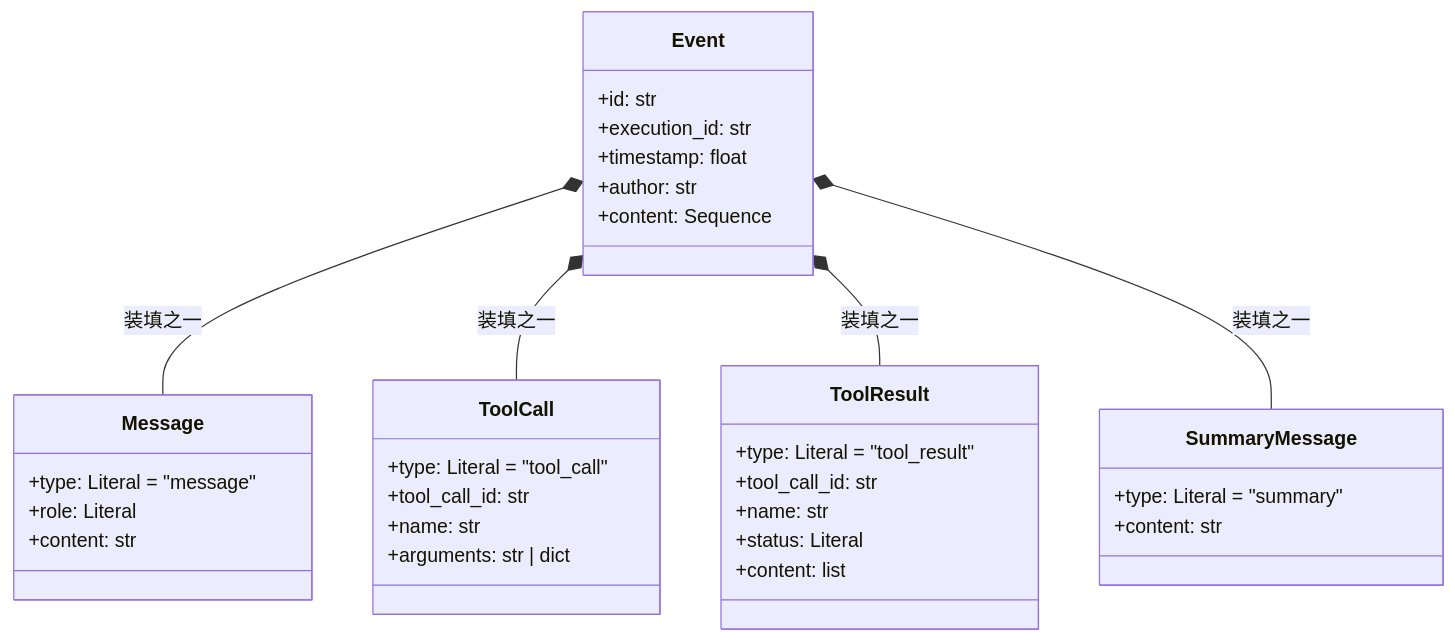
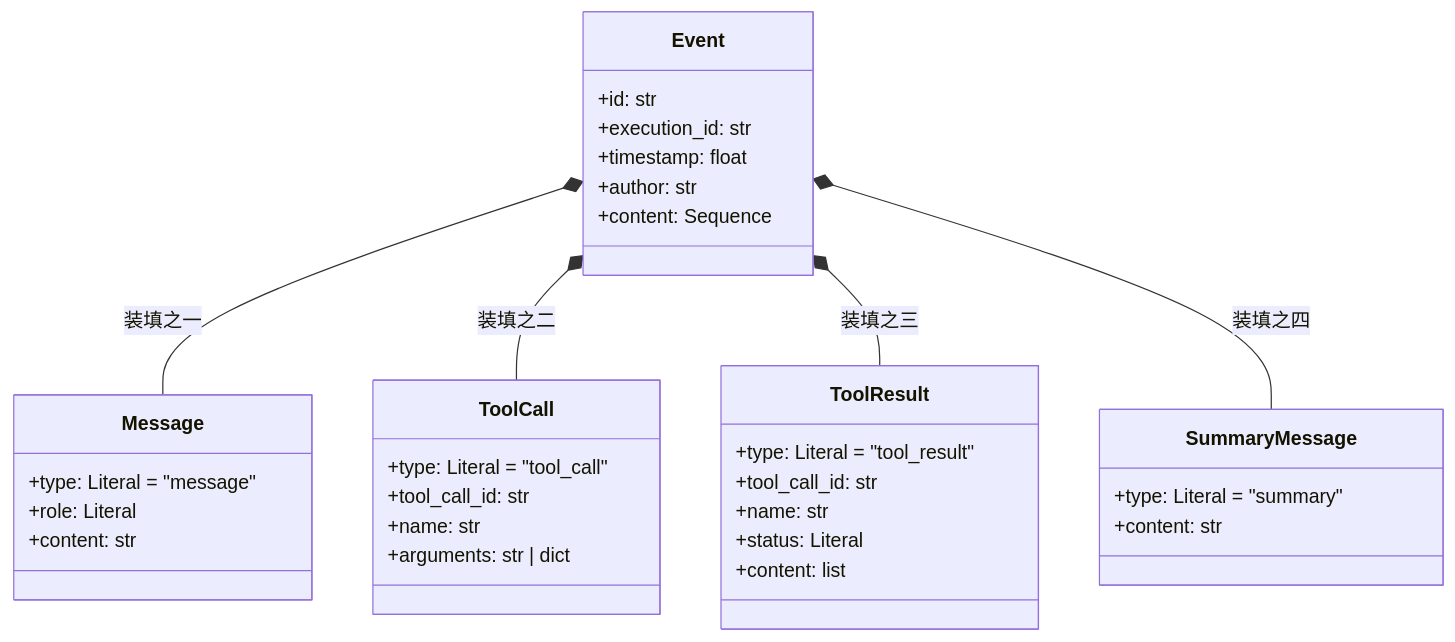
The diagram in course/ch04-core-message-types.md (Leoxia55/agent-from-scratch), drawn with Mermaid before and after one commit. The commit also changed other lines of this file and 26 other files, not shown here.

````diff
--- a/course/ch04-core-message-types.md
+++ b/course/ch04-core-message-types.md
@@ -37,37 +37,37 @@
 ```mermaid
 classDiagram
     class Message {
         +type: Literal = "message"
         +role: Literal
         +content: str
     }
     class ToolCall {
         +type: Literal = "tool_call"
         +tool_call_id: str
         +name: str
         +arguments: str | dict
     }
     class ToolResult {
         +type: Literal = "tool_result"
         +tool_call_id: str
         +name: str
         +status: Literal
         +content: list
     }
     class SummaryMessage {
         +type: Literal = "summary"
         +content: str
     }
     class Event {
         +id: str
         +execution_id: str
         +timestamp: float
         +author: str
         +content: Sequence
     }
 
     Event *-- Message : 装填之一
-    Event *-- ToolCall : 装填之一
-    Event *-- ToolResult : 装填之一
-    Event *-- SummaryMessage : 装填之一
+    Event *-- ToolCall : 装填之二
+    Event *-- ToolResult : 装填之三
+    Event *-- SummaryMessage : 装填之四
 ```
````
